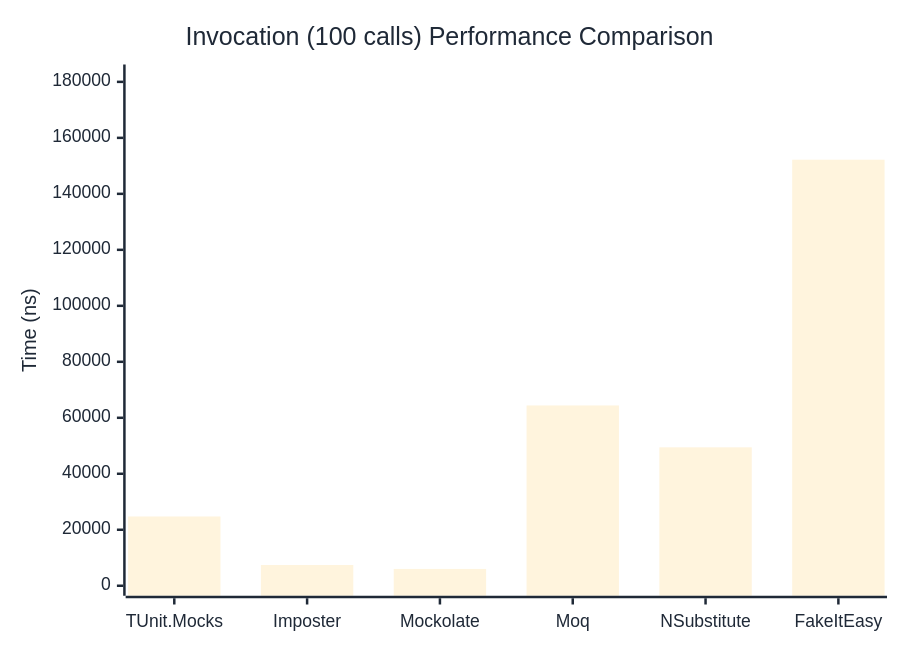
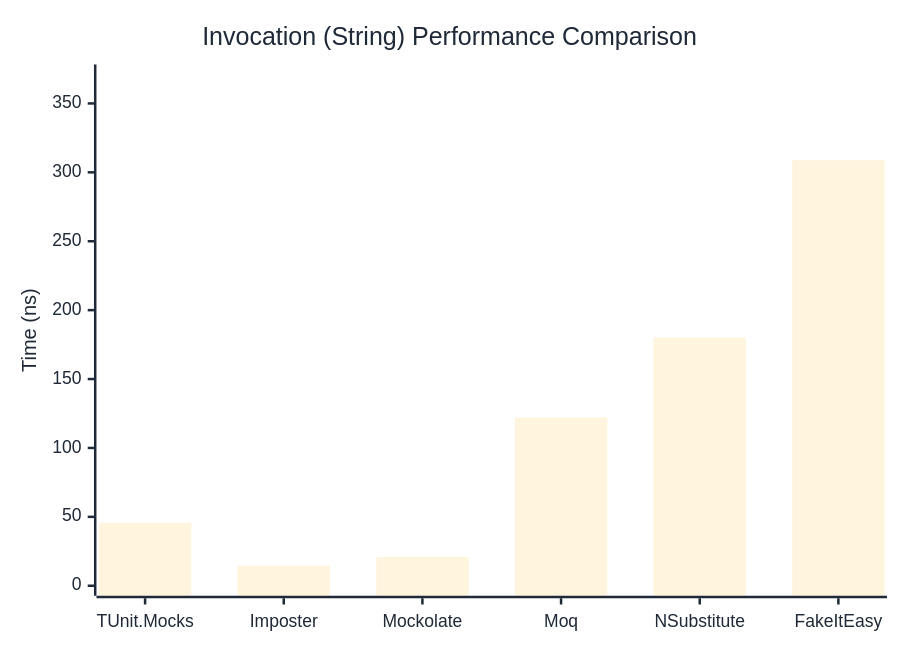
The third of 3 diagrams in docs/docs/benchmarks/mocks/Invocation.md (thomhurst/TUnit), drawn with Mermaid before and after one commit. The commit also changed other lines of this file and 14 other files, not shown here.

````diff
--- a/docs/docs/benchmarks/mocks/Invocation.md
+++ b/docs/docs/benchmarks/mocks/Invocation.md
@@ -112,27 +112,27 @@
 ```mermaid
 %%{init: {
   'theme':'base',
   'themeVariables': {
     'primaryColor': '#2563eb',
     'primaryTextColor': '#1f2937',
     'primaryBorderColor': '#1e40af',
     'lineColor': '#6b7280',
     'secondaryColor': '#7c3aed',
     'tertiaryColor': '#dc2626',
     'background': '#ffffff',
     'pie1': '#2563eb',
     'pie2': '#7c3aed',
     'pie3': '#dc2626',
     'pie4': '#f59e0b',
     'pie5': '#10b981',
     'pie6': '#06b6d4',
     'pie7': '#ec4899',
     'pie8': '#6366f1'
   }
 }}%%
 xychart-beta
-  title "Invocation (100 calls) Performance Comparison"
+  title "Invocation (String) Performance Comparison"
   x-axis ["TUnit.Mocks", "Imposter", "Mockolate", "Moq", "NSubstitute", "FakeItEasy"]
-  y-axis "Time (ns)" 0 --> 182631
-  bar [24743.02, 7419.73, 6010.5, 64409.13, 49446.31, 152191.69]
+  y-axis "Time (ns)" 0 --> 371
+  bar [45.72, 14.55, 20.96, 122.16, 180.18, 308.86]
 ```
````
